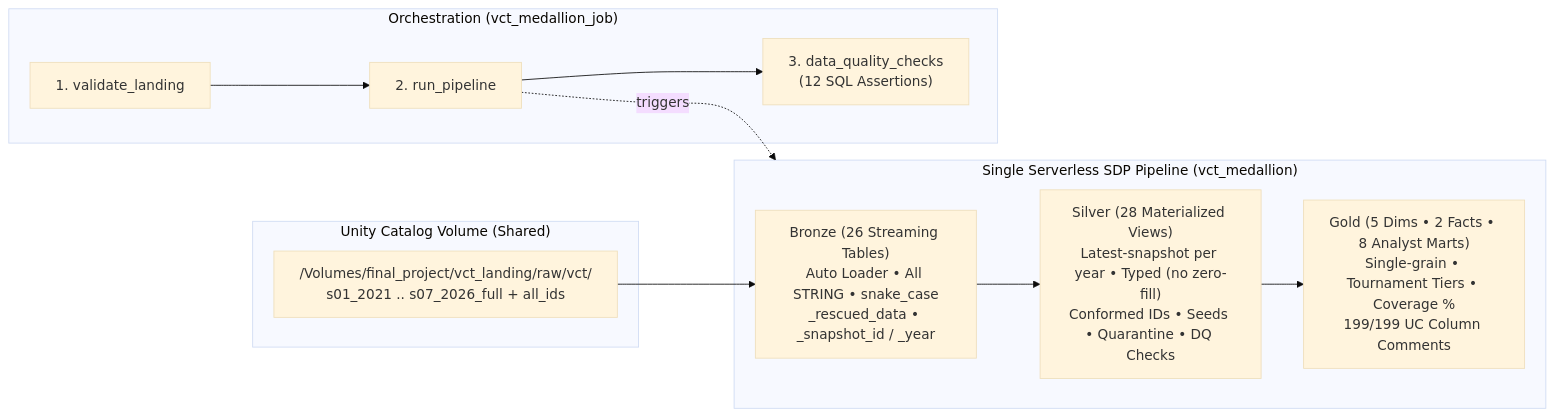
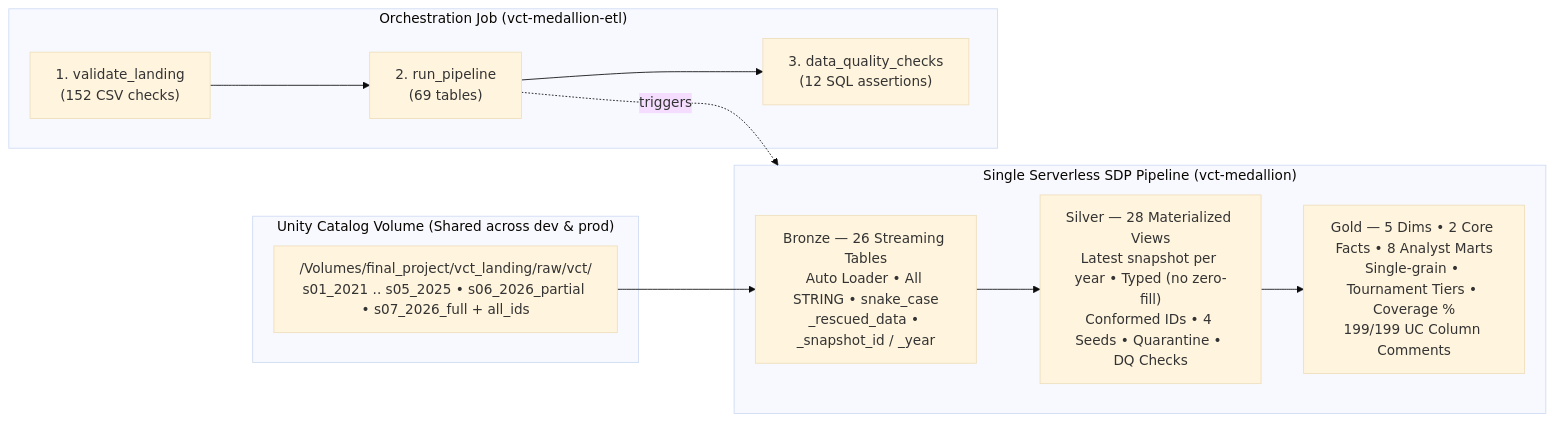
Before and after one commit to harshil-devx/vct_databricks: the diagram in README.md, drawn with Mermaid (base theme). The commit also changed other lines of this file, not shown here.

Commit message:
docs: expand README with guided 32-file review sequence, purposes, and architectural rationale

````diff
--- a/README.md
+++ b/README.md
@@ -9,20 +23,20 @@
 ```mermaid
 flowchart LR
-    subgraph Landing["Unity Catalog Volume (Shared)"]
-        V["/Volumes/final_project/vct_landing/raw/vct/<br/>s01_2021 .. s07_2026_full + all_ids"]
+    subgraph Landing["Unity Catalog Volume (Shared across dev & prod)"]
+        V["/Volumes/final_project/vct_landing/raw/vct/<br/>s01_2021 .. s05_2025 • s06_2026_partial • s07_2026_full + all_ids"]
     end
 
-    subgraph Pipeline["Single Serverless SDP Pipeline (vct_medallion)"]
-        B["Bronze (26 Streaming Tables)<br/>Auto Loader • All STRING • snake_case<br/>_rescued_data • _snapshot_id / _year"]
-        S["Silver (28 Materialized Views)<br/>Latest-snapshot per year • Typed (no zero-fill)<br/>Conformed IDs • Seeds • Quarantine • DQ Checks"]
-        G["Gold (5 Dims • 2 Facts • 8 Analyst Marts)<br/>Single-grain • Tournament Tiers • Coverage %<br/>199/199 UC Column Comments"]
+    subgraph Pipeline["Single Serverless SDP Pipeline (vct-medallion)"]
+        B["Bronze — 26 Streaming Tables<br/>Auto Loader • All STRING • snake_case<br/>_rescued_data • _snapshot_id / _year"]
+        S["Silver — 28 Materialized Views<br/>Latest snapshot per year • Typed (no zero-fill)<br/>Conformed IDs • 4 Seeds • Quarantine • DQ Checks"]
+        G["Gold — 5 Dims • 2 Core Facts • 8 Analyst Marts<br/>Single-grain • Tournament Tiers • Coverage %<br/>199/199 UC Column Comments"]
         B --> S --> G
     end
 
-    subgraph Job["Orchestration (vct_medallion_job)"]
-        T1["1. validate_landing"] --> T2["2. run_pipeline"] --> T3["3. data_quality_checks<br/>(12 SQL Assertions)"]
+    subgraph Job["Orchestration Job (vct-medallion-etl)"]
+        T1["1. validate_landing<br/>(152 CSV checks)"] --> T2["2. run_pipeline<br/>(69 tables)"] --> T3["3. data_quality_checks<br/>(12 SQL assertions)"]
     end
 
     V --> B
     T2 -. triggers .-> Pipeline
 ```
````
